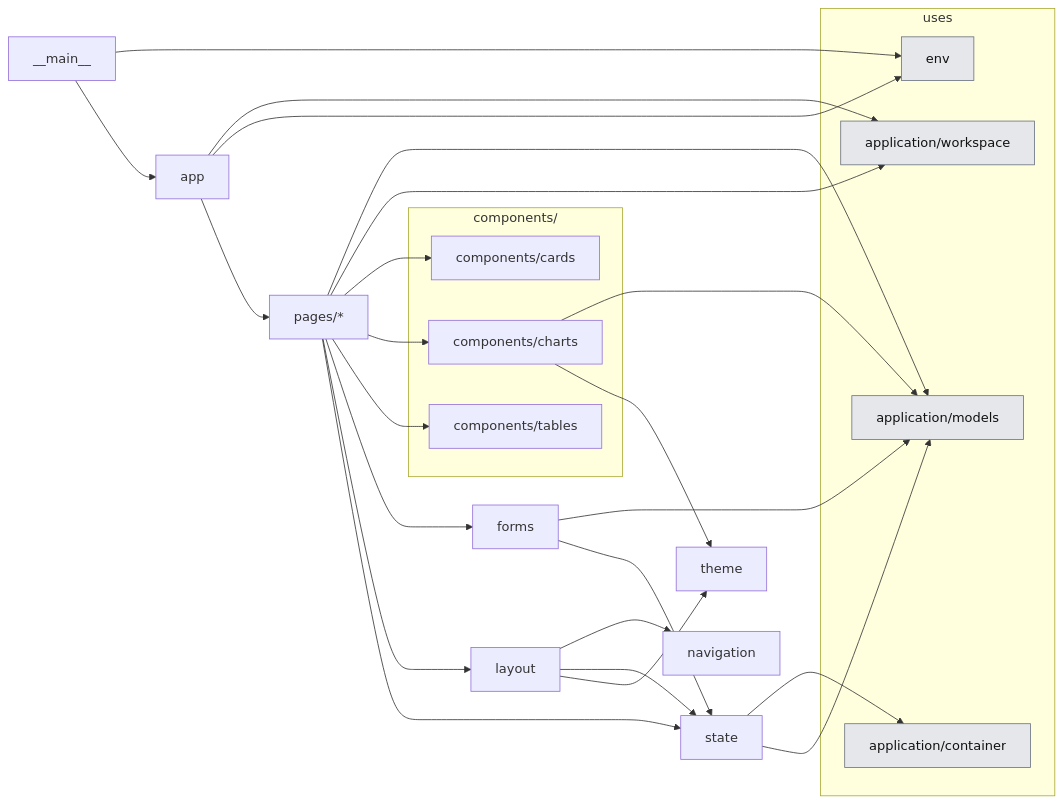
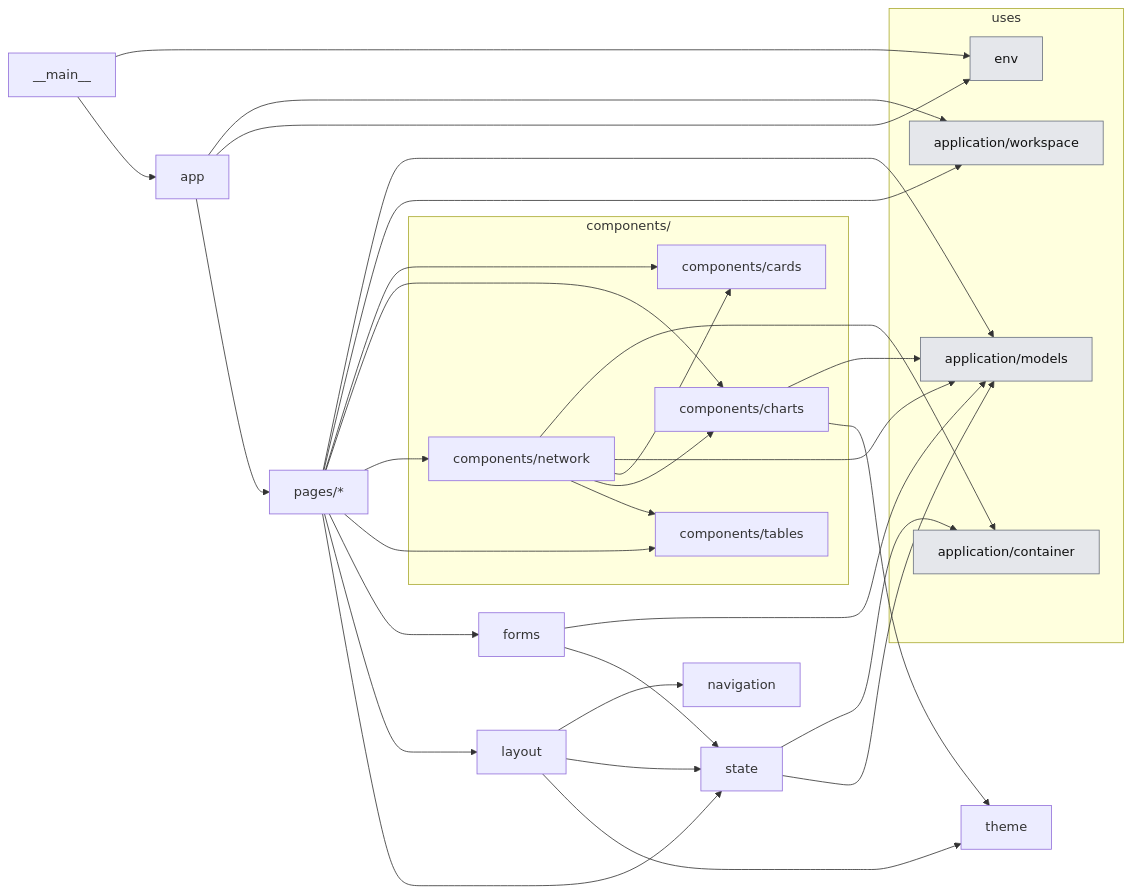
Before and after one commit to KevinRapo/P2P-thesis: the second of 3 diagrams in docs_thesis/thesis/architecture/05-presentation.md, drawn with Mermaid. The commit also changed other lines of this file and 6 other files, not shown here.

````diff
--- a/docs_thesis/thesis/architecture/05-presentation.md
+++ b/docs_thesis/thesis/architecture/05-presentation.md
@@ -49,45 +50,52 @@
 ```mermaid
 flowchart LR
   n_studio___main__["__main__"]
   n_studio_app["app"]
   n_studio_forms["forms"]
   n_studio_layout["layout"]
   n_studio_navigation["navigation"]
   n_studio_pages__["pages/*"]
   n_studio_state["state"]
   n_studio_theme["theme"]
   subgraph g_components["components/"]
     n_studio_components_cards["components/cards"]
     n_studio_components_charts["components/charts"]
+    n_studio_components_network["components/network"]
     n_studio_components_tables["components/tables"]
   end
   subgraph USES["uses"]
     n_application_container["application/container"]:::ext
     n_application_models["application/models"]:::ext
     n_application_workspace["application/workspace"]:::ext
     n_env["env"]:::ext
   end
   n_studio___main__ --> n_env
   n_studio___main__ --> n_studio_app
   n_studio_app --> n_application_workspace
   n_studio_app --> n_env
   n_studio_app --> n_studio_pages__
   n_studio_components_charts --> n_application_models
   n_studio_components_charts --> n_studio_theme
+  n_studio_components_network --> n_application_container
+  n_studio_components_network --> n_application_models
+  n_studio_components_network --> n_studio_components_cards
+  n_studio_components_network --> n_studio_components_charts
+  n_studio_components_network --> n_studio_components_tables
   n_studio_forms --> n_application_models
   n_studio_forms --> n_studio_state
   n_studio_layout --> n_studio_navigation
   n_studio_layout --> n_studio_state
   n_studio_layout --> n_studio_theme
   n_studio_pages__ --> n_application_models
   n_studio_pages__ --> n_application_workspace
   n_studio_pages__ --> n_studio_components_cards
   n_studio_pages__ --> n_studio_components_charts
+  n_studio_pages__ --> n_studio_components_network
   n_studio_pages__ --> n_studio_components_tables
   n_studio_pages__ --> n_studio_forms
   n_studio_pages__ --> n_studio_layout
   n_studio_pages__ --> n_studio_state
   n_studio_state --> n_application_container
   n_studio_state --> n_application_models
   classDef ext fill:#e5e7eb,stroke:#6b7280,color:#111
 ```
````
